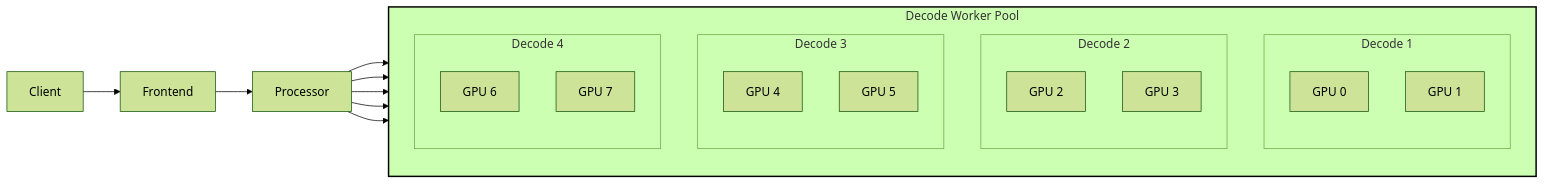
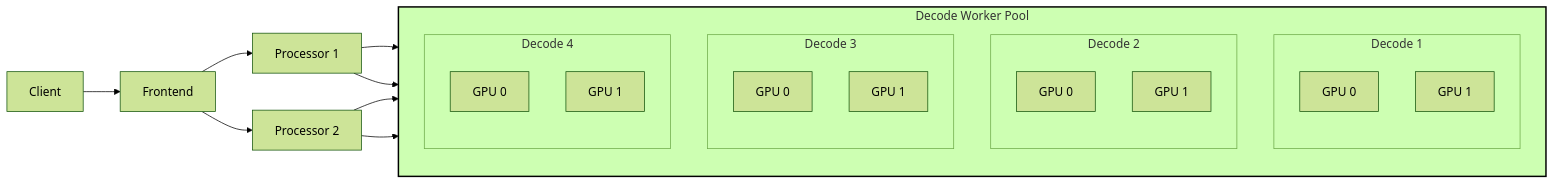
Before and after one commit to ai-dynamo/dynamo: the third of 3 diagrams in tests/fault_tolerance/README.md, drawn with Mermaid (forest theme). The commit also changed other lines of this file and 1 other file, not shown here.

````diff
--- a/tests/fault_tolerance/README.md
+++ b/tests/fault_tolerance/README.md
@@ -111,45 +256,42 @@
 ```mermaid
 graph LR
     Client["Client"]
     Frontend["Frontend"]
-    Processor["Processor"]
+    Processor_1["Processor 1"]
+    Processor_2["Processor 2"]
 
     Client --> Frontend
-    Frontend --> Processor
-    Processor --> DecodePool
+    Frontend --> Processor_1
+    Frontend --> Processor_2
 
-    %% Decode Worker Pool (vertical layout)
     subgraph DecodePool["Decode Worker Pool"]
         direction TB
         subgraph Decode1["Decode 1"]
             direction TB
             D1GPU0["GPU 0"]
             D1GPU1["GPU 1"]
         end
         subgraph Decode2["Decode 2"]
             direction TB
-            D2GPU0["GPU 2"]
-            D2GPU1["GPU 3"]
+            D2GPU0["GPU 0"]
+            D2GPU1["GPU 1"]
         end
         subgraph Decode3["Decode 3"]
             direction TB
-            D3GPU0["GPU 4"]
-            D3GPU1["GPU 5"]
+            D3GPU0["GPU 0"]
+            D3GPU1["GPU 1"]
         end
         subgraph Decode4["Decode 4"]
             direction TB
-            D4GPU0["GPU 6"]
-            D4GPU1["GPU 7"]
+            D4GPU0["GPU 0"]
+            D4GPU1["GPU 1"]
         end
-
     end
 
-    %% Connections
-    Processor --> Decode1
-    Processor --> Decode2
-	Processor --> Decode3
-    Processor --> Decode4
+    Processor_1 --> Decode1
+    Processor_1 --> Decode2
+    Processor_2 --> Decode3
+    Processor_2 --> Decode4
 
-    %% Styling
     style DecodePool stroke:#000,stroke-width:2px
 ```
````
